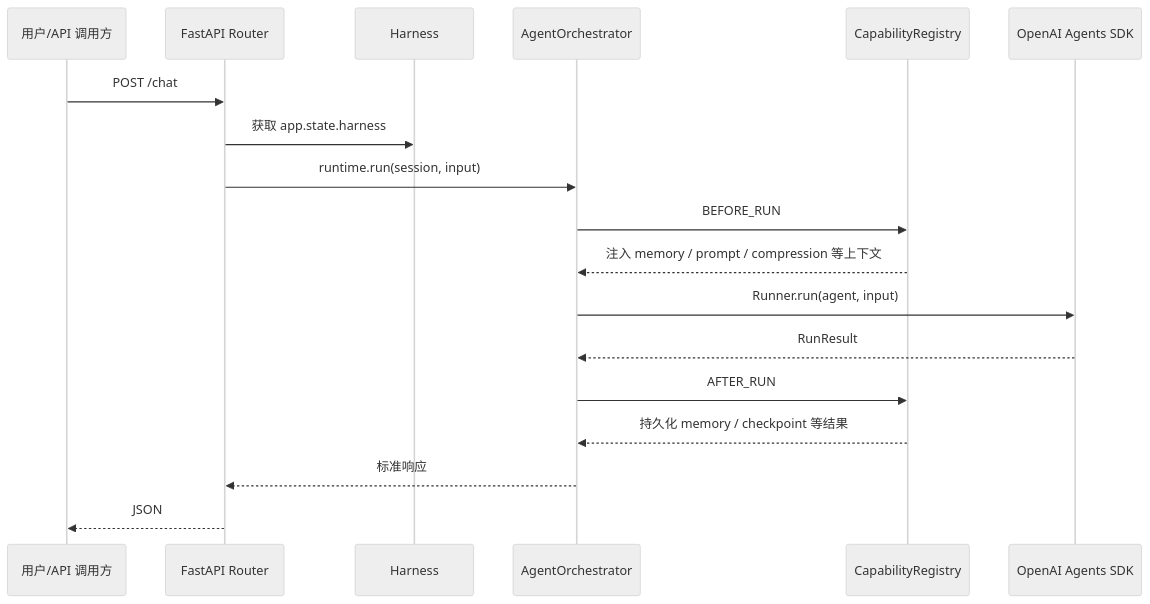
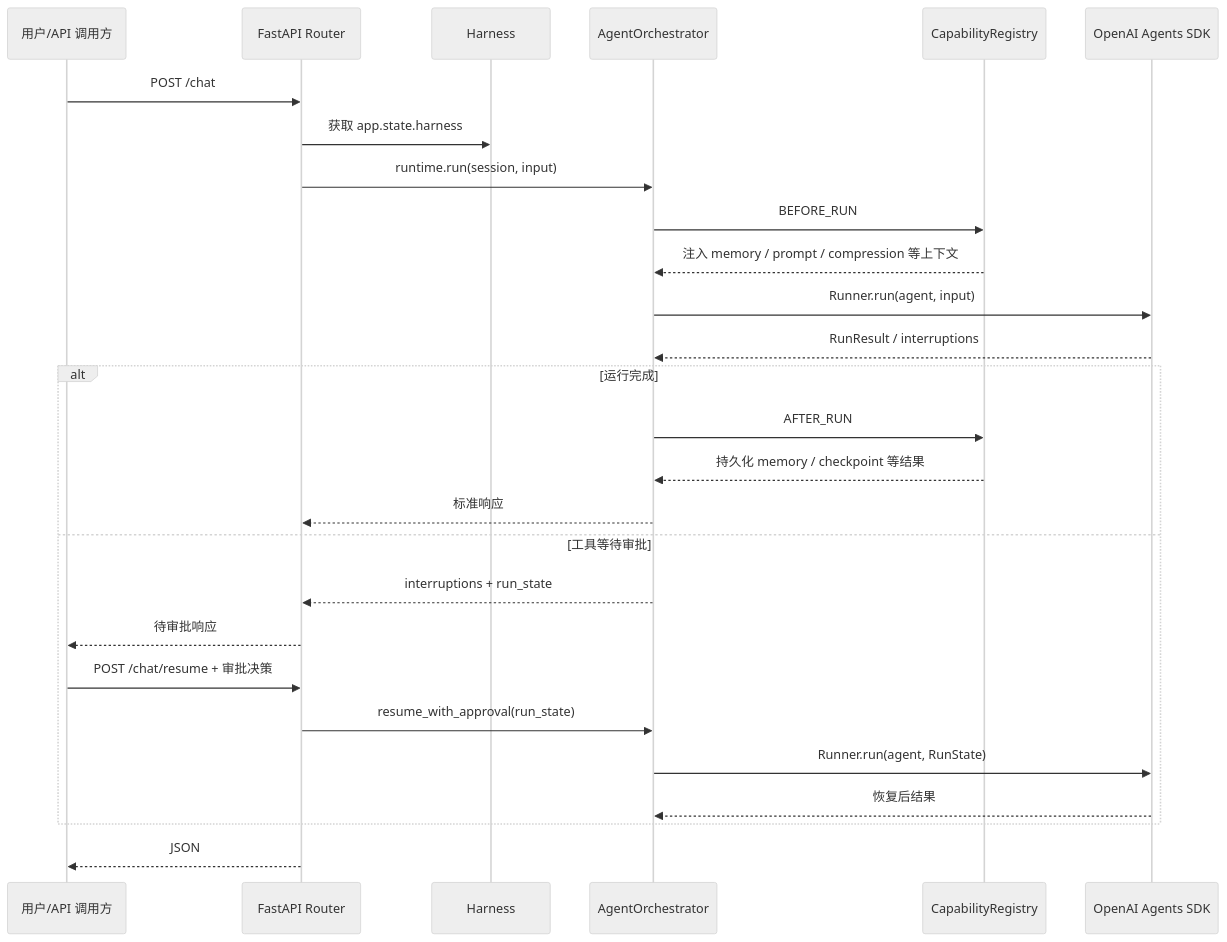
The second of 3 diagrams in README.md (rnb-tron/openai-agents-harness), drawn with Mermaid (neutral theme) before and after one commit. The commit also changed other lines of this file and 89 other files, not shown here.

````diff
--- a/README.md
+++ b/README.md
@@ -120,21 +127,30 @@
 ```mermaid
 sequenceDiagram
     participant U as 用户/API 调用方
     participant API as FastAPI Router
     participant H as Harness
     participant R as AgentOrchestrator
     participant C as CapabilityRegistry
     participant SDK as OpenAI Agents SDK
 
     U->>API: POST /chat
     API->>H: 获取 app.state.harness
     API->>R: runtime.run(session, input)
     R->>C: BEFORE_RUN
     C-->>R: 注入 memory / prompt / compression 等上下文
     R->>SDK: Runner.run(agent, input)
-    SDK-->>R: RunResult
-    R->>C: AFTER_RUN
-    C-->>R: 持久化 memory / checkpoint 等结果
-    R-->>API: 标准响应
+    SDK-->>R: RunResult / interruptions
+    alt 运行完成
+        R->>C: AFTER_RUN
+        C-->>R: 持久化 memory / checkpoint 等结果
+        R-->>API: 标准响应
+    else 工具等待审批
+        R-->>API: interruptions + run_state
+        API-->>U: 待审批响应
+        U->>API: POST /chat/resume + 审批决策
+        API->>R: resume_with_approval(run_state)
+        R->>SDK: Runner.run(agent, RunState)
+        SDK-->>R: 恢复后结果
+    end
     API-->>U: JSON
 ```
````
